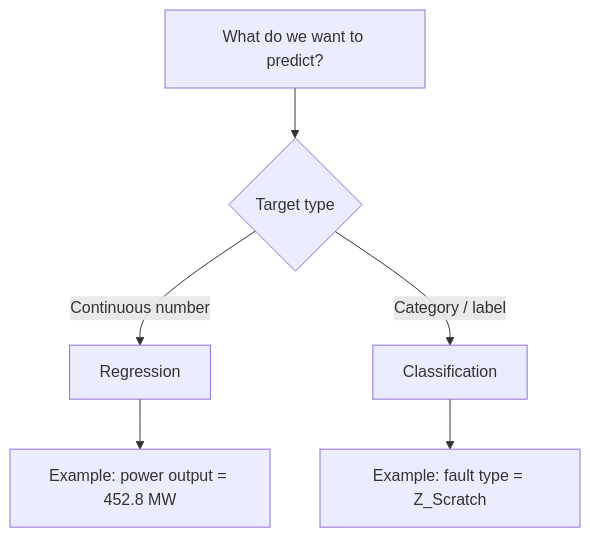
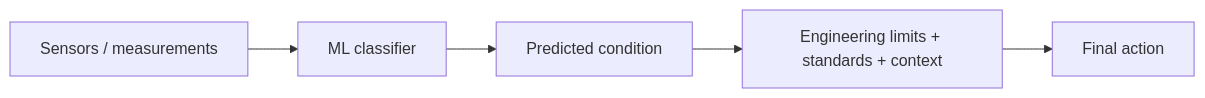
Before and after one commit to iqram20/ComputerAidedAnalysis: the third of 5 diagrams in weeks/Week_08_Classification/Week_08_Lecture_Page.md, drawn with Mermaid. The commit also changed other lines of this file, not shown here.

Commit message:
Reorganize Week 8 lecture to introduce engineering classification before steel case study

```diff
--- a/weeks/Week_08_Classification/Week_08_Lecture_Page.md
+++ b/weeks/Week_08_Classification/Week_08_Lecture_Page.md
@@ -264,8 +225,7 @@
 ~~~mermaid
-flowchart TD
-    A[What do we want to predict?] --> B{Target type}
-    B -->|Continuous number| C[Regression]
-    B -->|Category / label| D[Classification]
-    C --> E[Example: power output = 452.8 MW]
-    D --> F[Example: fault type = Z_Scratch]
+flowchart LR
+    A[Sensors / measurements] --> B[ML classifier]
+    B --> C[Predicted condition]
+    C --> D[Engineering limits + standards + context]
+    D --> E[Final action]
 ~~~
```
